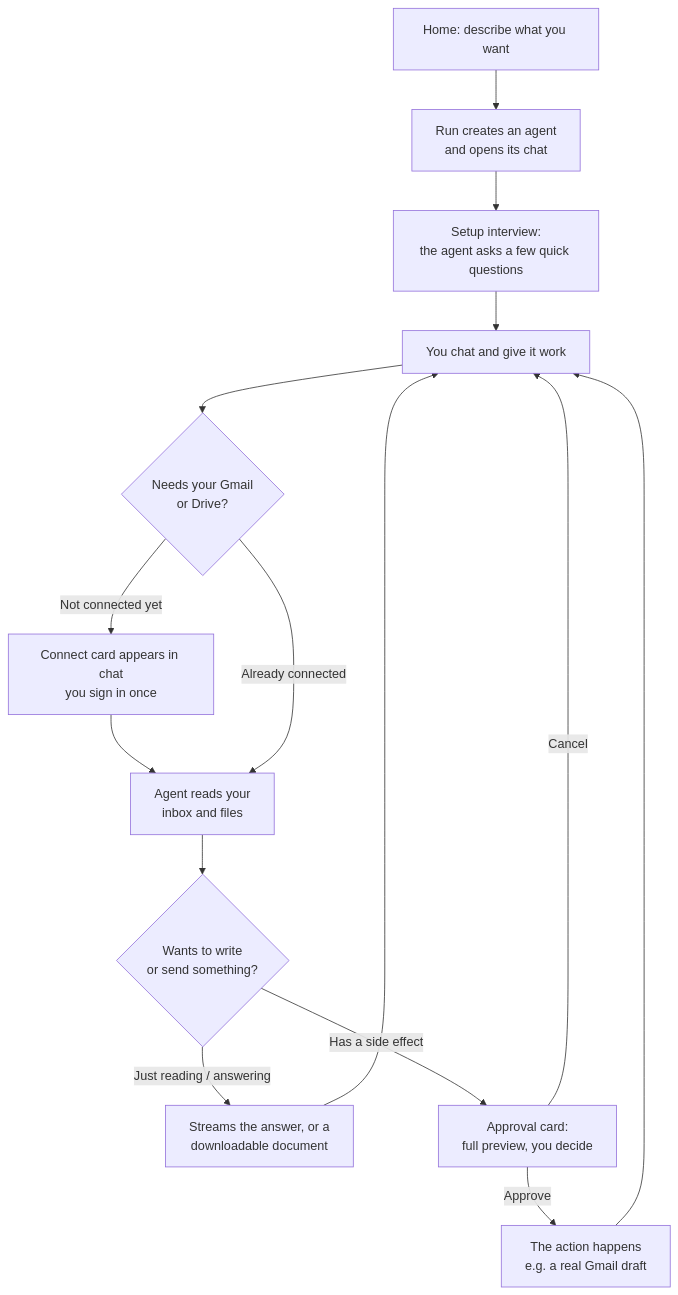
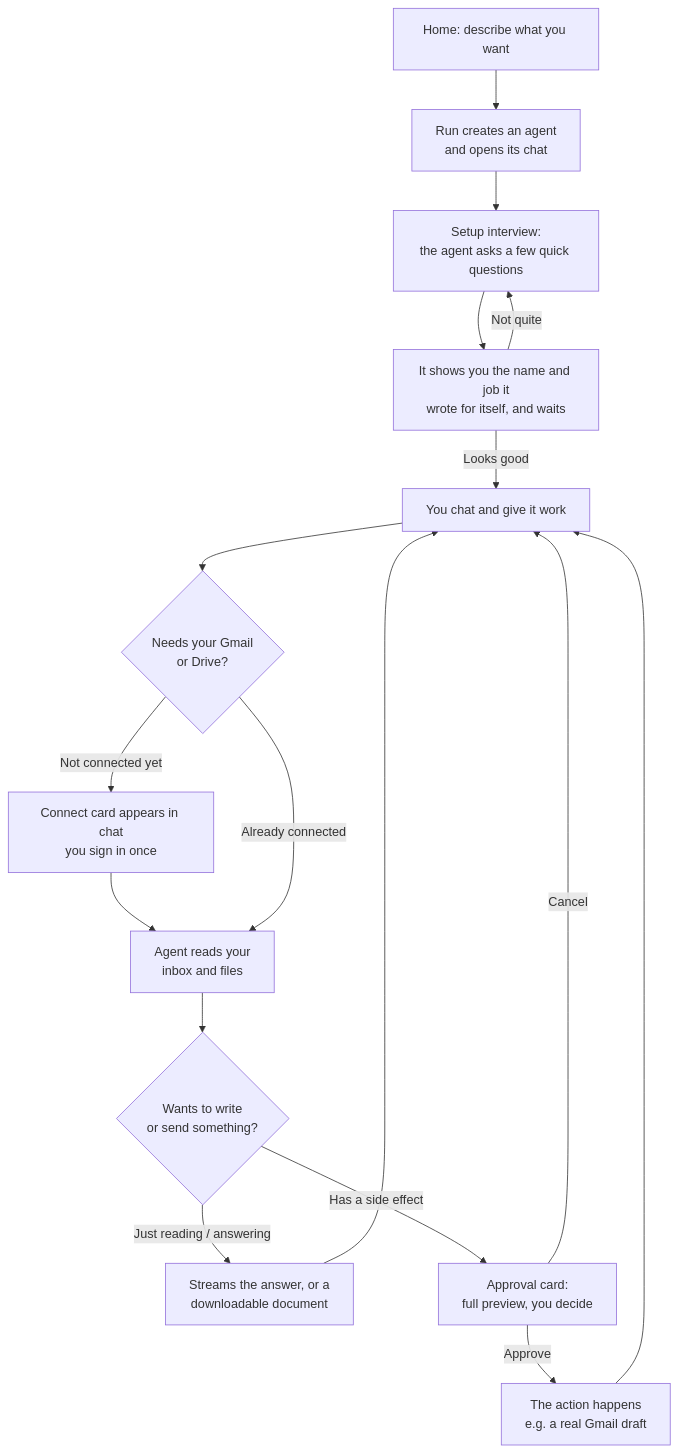
Before and after one commit to choongching/run: the first of 2 diagrams in README.md, drawn with Mermaid. The commit also changed other lines of this file and 1 other file, not shown here.

First line of the commit message:
Write down what the chat learned this week (#83)

````diff
--- a/README.md
+++ b/README.md
@@ -36,17 +36,19 @@
 ```mermaid
 flowchart TD
     A["Home: describe what you want"] --> B["Run creates an agent<br/>and opens its chat"]
     B --> C["Setup interview:<br/>the agent asks a few quick questions"]
-    C --> D["You chat and give it work"]
+    C --> R["It shows you the name and job it<br/>wrote for itself, and waits"]
+    R -->|Not quite| C
+    R -->|Looks good| D["You chat and give it work"]
     D --> E{"Needs your Gmail<br/>or Drive?"}
     E -->|Not connected yet| F["Connect card appears in chat<br/>you sign in once"]
     F --> G
     E -->|Already connected| G["Agent reads your<br/>inbox and files"]
     G --> H{"Wants to write<br/>or send something?"}
     H -->|Just reading / answering| J["Streams the answer, or a<br/>downloadable document"]
     H -->|Has a side effect| I["Approval card:<br/>full preview, you decide"]
     I -->|Approve| K["The action happens<br/>e.g. a real Gmail draft"]
     I -->|Cancel| D
     J --> D
     K --> D
 ```
````
